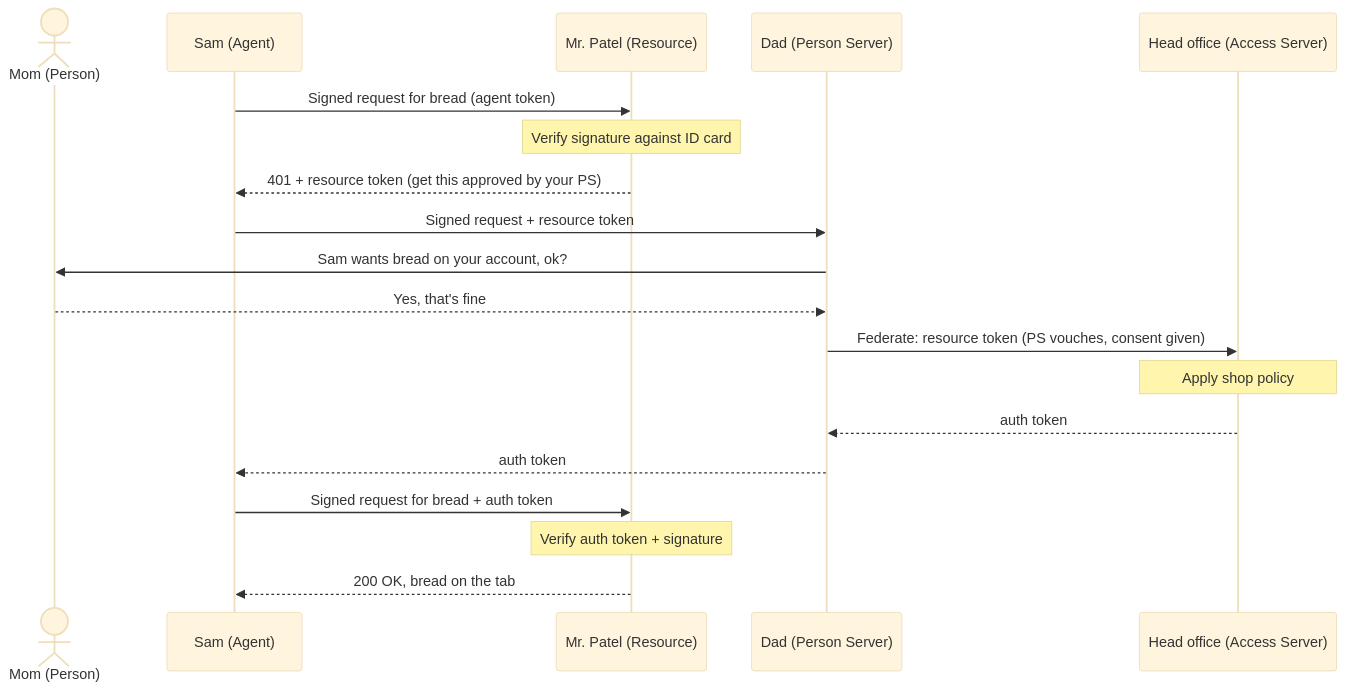
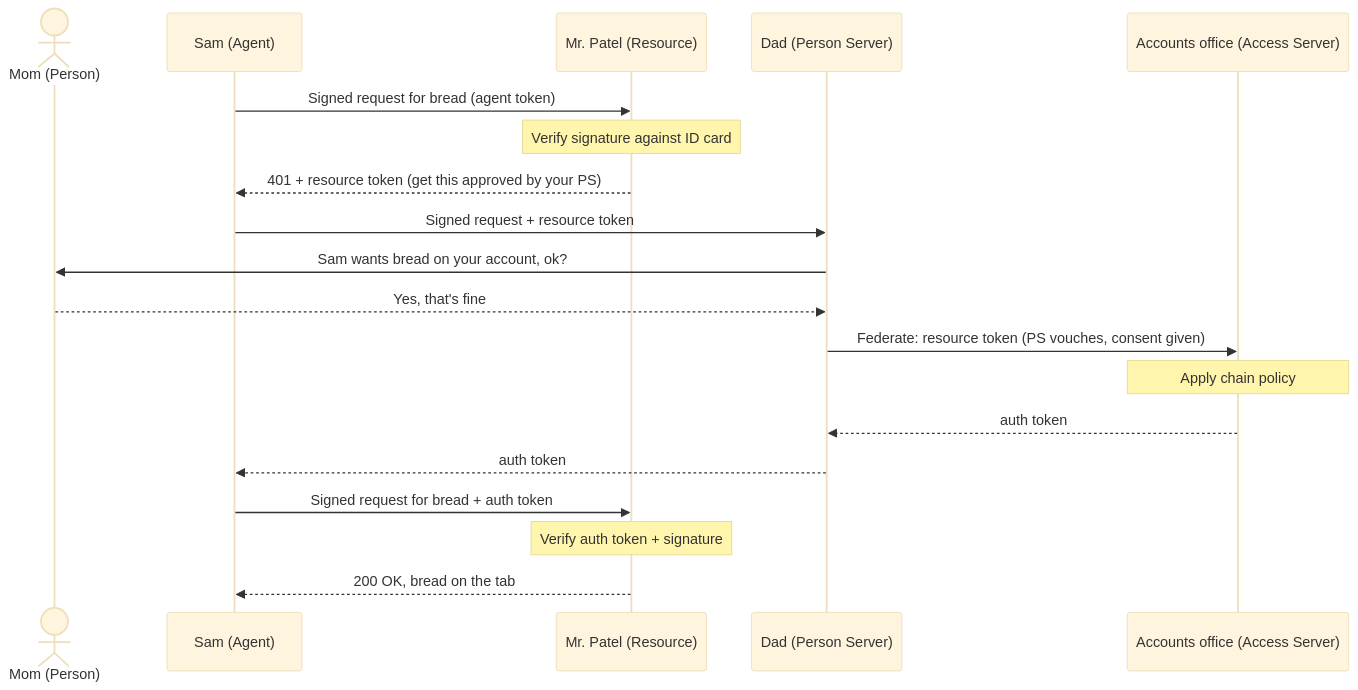
The first of 2 diagrams in _posts/2026-06-10-the-errand-agentic-delegation.md (dasiths/dasiths.github.io), drawn with Mermaid (base theme) before and after one commit. The commit also changed other lines of this file, not shown here.

Commit message:
fix: update terminology from "head office" to "accounts office" for clarity

````diff
--- a/_posts/2026-06-10-the-errand-agentic-delegation.md
+++ b/_posts/2026-06-10-the-errand-agentic-delegation.md
@@ -268,22 +270,22 @@
 ```mermaid
 sequenceDiagram
     actor Mom as Mom (Person)
     participant Sam as Sam (Agent)
     participant Patel as Mr. Patel (Resource)
     participant Dad as Dad (Person Server)
-    participant HO as Head office (Access Server)
+    participant HO as Accounts office (Access Server)
 
     Sam->>Patel: Signed request for bread (agent token)
     Note over Patel: Verify signature against ID card
     Patel-->>Sam: 401 + resource token (get this approved by your PS)
     Sam->>Dad: Signed request + resource token
     Dad->>Mom: Sam wants bread on your account, ok?
     Mom-->>Dad: Yes, that's fine
     Dad->>HO: Federate: resource token (PS vouches, consent given)
-    Note over HO: Apply shop policy
+    Note over HO: Apply chain policy
     HO-->>Dad: auth token
     Dad-->>Sam: auth token
     Sam->>Patel: Signed request for bread + auth token
     Note over Patel: Verify auth token + signature
     Patel-->>Sam: 200 OK, bread on the tab
 ```
````
